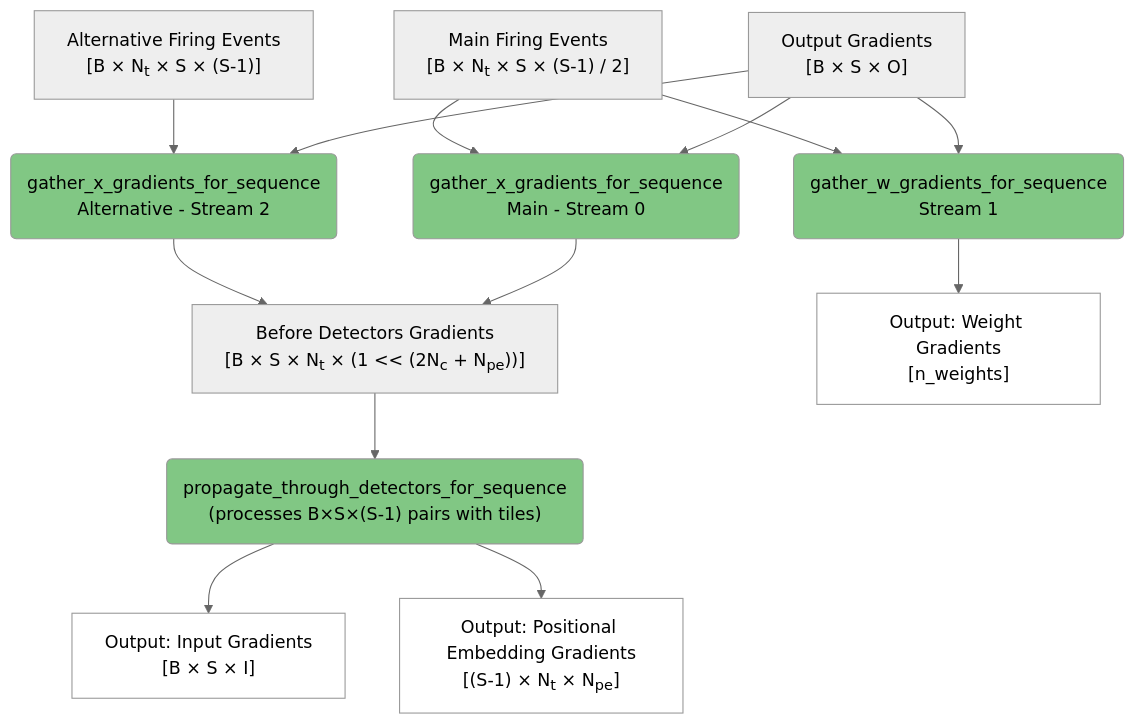
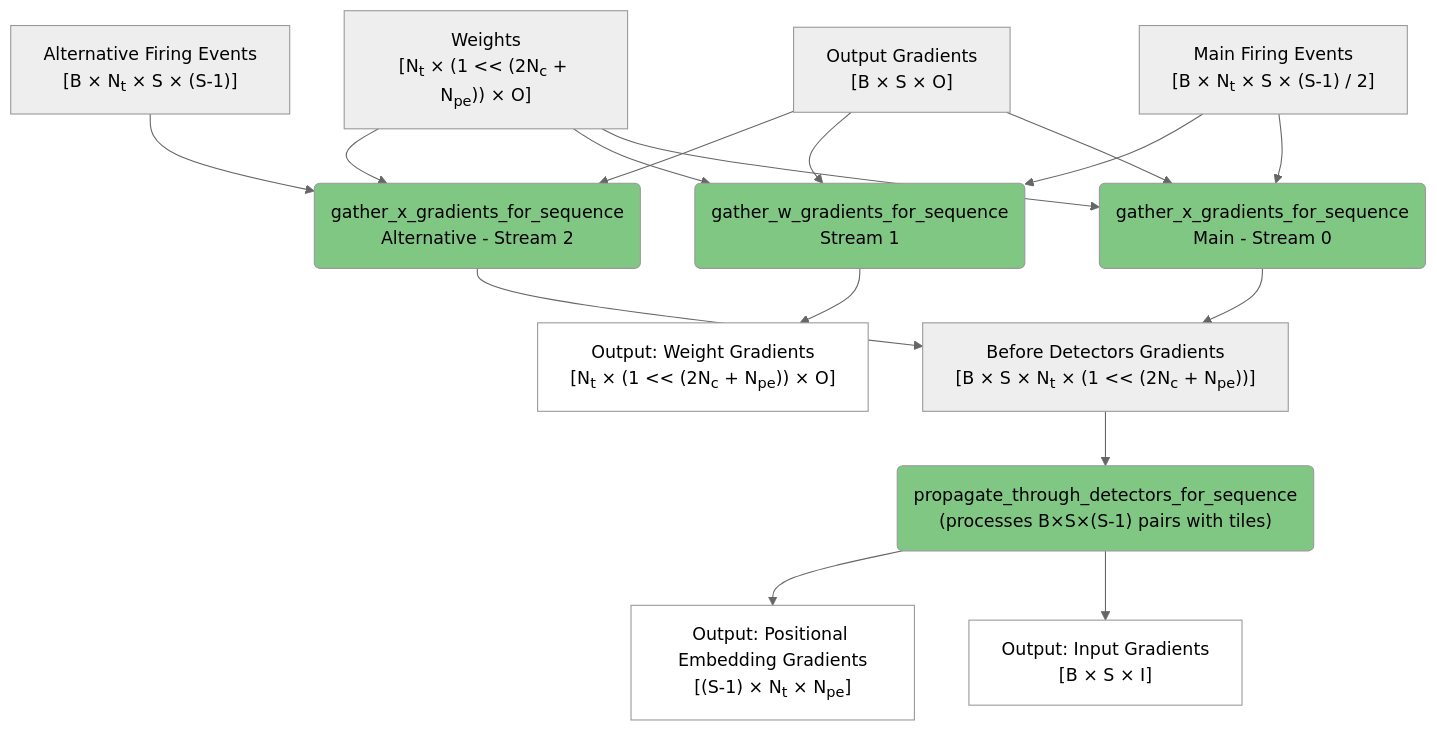
One commit to anatoli-starostin/spiky changed the sixth of 6 diagrams in spiky_cuda/lut/doc/LUT_RUNTIME_DATA_FLOW.md. Above: the diagram before and after it, drawn with Mermaid (neutral theme). The commit also changed other lines of this file, not shown here.

````diff
--- a/spiky_cuda/lut/doc/LUT_RUNTIME_DATA_FLOW.md
+++ b/spiky_cuda/lut/doc/LUT_RUNTIME_DATA_FLOW.md
@@ -151,28 +159,32 @@
 ```mermaid
 flowchart TD
     A["Output Gradients<br/>[B × S × O]"] --> B("gather_x_gradients_for_sequence<br/>Main - Stream 0")
     A --> C("gather_w_gradients_for_sequence<br/>Stream 1")
     A --> D("gather_x_gradients_for_sequence<br/>Alternative - Stream 2")
     
     E["Main Firing Events<br/>[B × N<sub>t</sub> × S × (S-1) / 2]"] --> B
     E --> C
     F["Alternative Firing Events<br/>[B × N<sub>t</sub> × S × (S-1)]"] --> D
     
+    W6["Weights<br/>[N<sub>t</sub> × (1 << (2N<sub>c</sub> + N<sub>pe</sub>)) × O]"] --> B
+    W6 --> C
+    W6 --> D
+    
     B --> G["Before Detectors Gradients<br/>[B&nbsp;×&nbsp;S&nbsp;×&nbsp;N<sub>t</sub>&nbsp;×&nbsp;(1&nbsp;<<&nbsp;(2N<sub>c</sub>&nbsp;+&nbsp;N<sub>pe</sub>))]"]
     D --> G
     
     G --> I("propagate_through_detectors_for_sequence<br/>(processes B×S×(S-1) pairs with tiles)")
     
     I --> J["Output: Input Gradients<br/>[B × S × I]"]
     I --> K["Output: Positional Embedding Gradients<br/>[(S-1) × N<sub>t</sub> × N<sub>pe</sub>]"]
     
-    C --> H["Output: Weight Gradients<br/>[n_weights]"]
+    C --> H["Output: Weight Gradients<br/>[N<sub>t</sub>&nbsp;×&nbsp;(1&nbsp;<<&nbsp;(2N<sub>c</sub>&nbsp;+&nbsp;N<sub>pe</sub>))&nbsp;×&nbsp;O]"]
     
     style B fill:#81c784,color:#000000
     style C fill:#81c784,color:#000000
     style D fill:#81c784,color:#000000
     style I fill:#81c784,color:#000000
     style H fill:#ffffff,color:#000000
     style J fill:#ffffff,color:#000000
     style K fill:#ffffff,color:#000000
 ```
````
